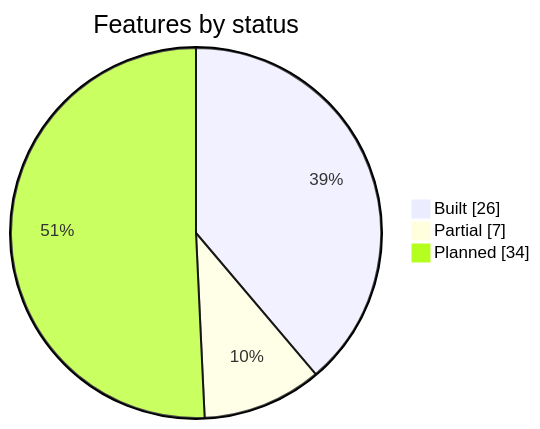
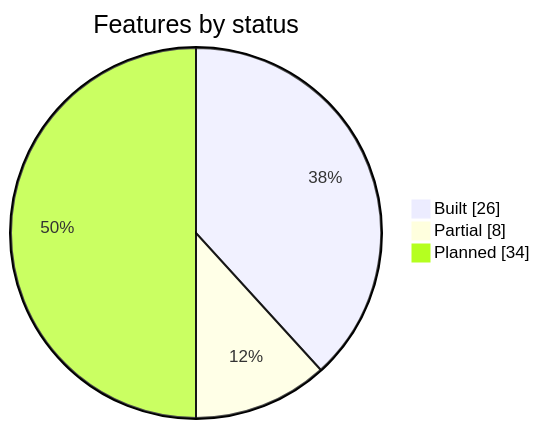
Before and after one commit to josephgoksu/TaskWing: the first of 2 diagrams in docs/FEATURES.md, drawn with Mermaid. The commit also changed other lines of this file and 16 other files, not shown here.

````diff
--- a/docs/FEATURES.md
+++ b/docs/FEATURES.md
@@ -15,7 +15,7 @@
 ```mermaid
 pie showData
   title Features by status
   "Built" : 26
-  "Partial" : 7
+  "Partial" : 8
   "Planned" : 34
 ```
````
